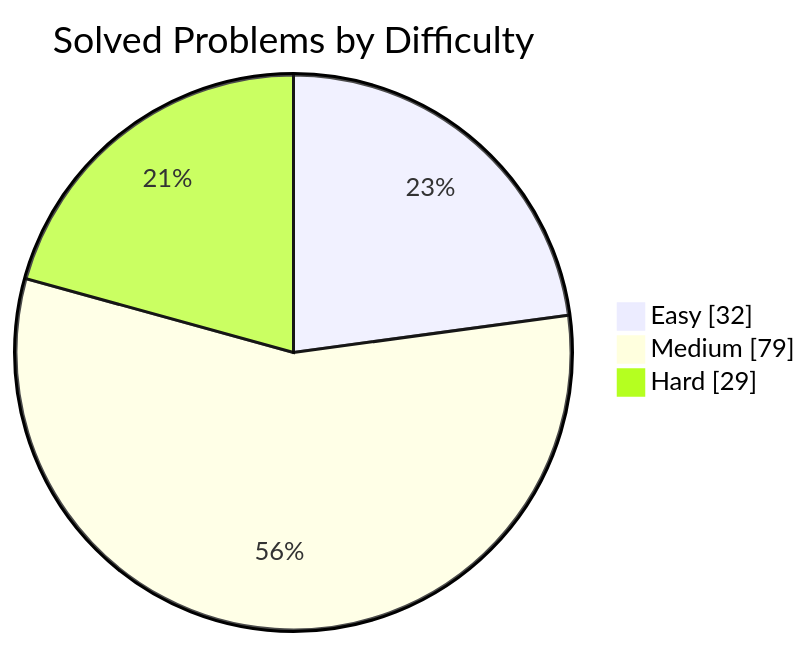
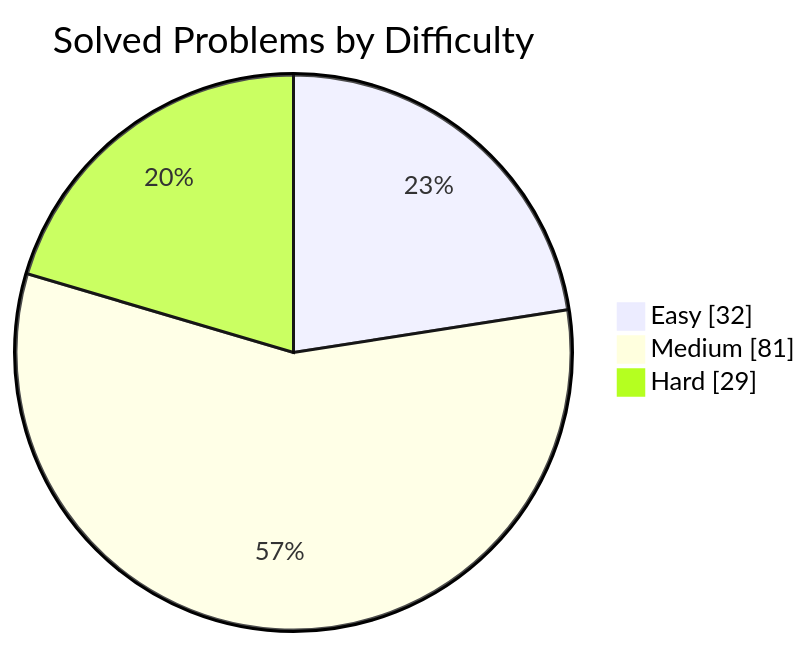
Before and after one commit to manikantbindass/DSA-Preparation-FAANG: the first of 2 diagrams in README.md, drawn with Mermaid. The commit also changed other lines of this file, not shown here.

````diff
--- a/README.md
+++ b/README.md
@@ -38,7 +38,7 @@
 ```mermaid
 pie showData
     title Solved Problems by Difficulty
     "Easy" : 32
-    "Medium" : 79
+    "Medium" : 81
     "Hard" : 29
 ```
````
